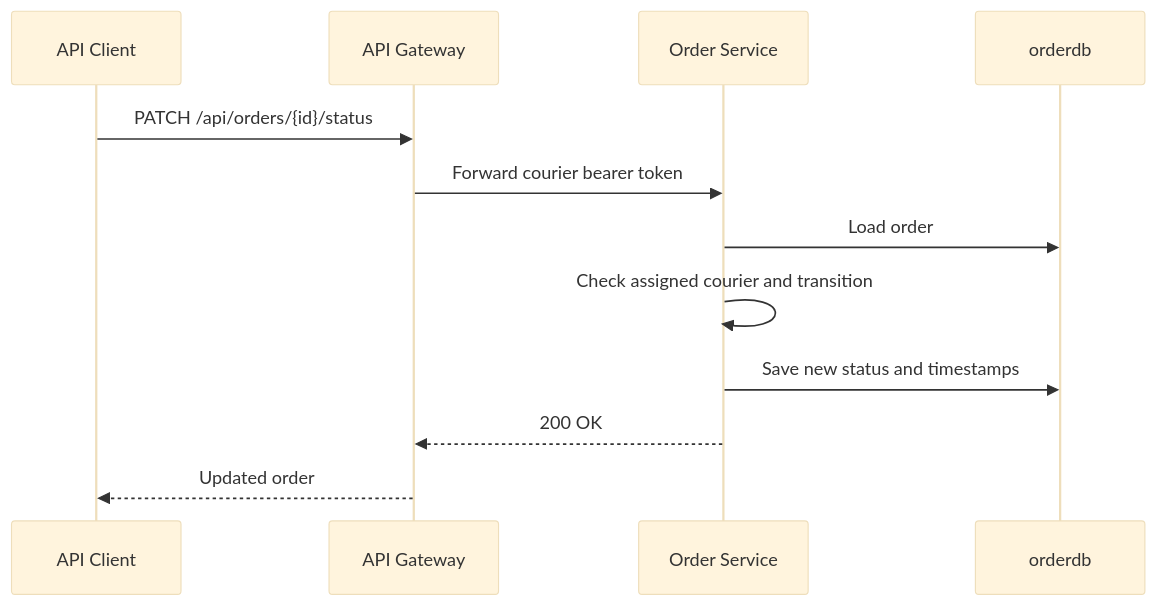
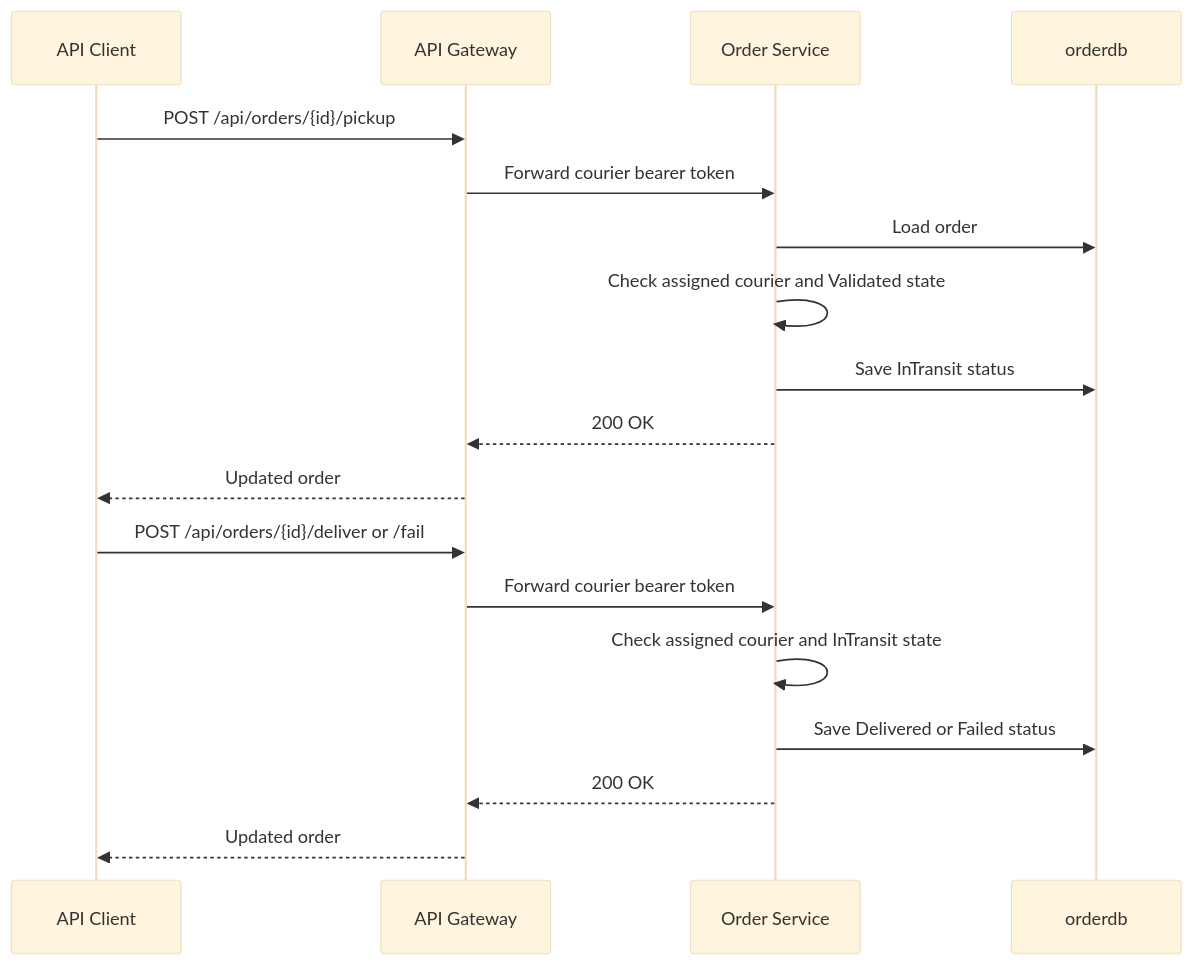
One commit to RenatoB04/Lesto changed the fourth of 4 diagrams in docs/sequences.md. Above: the diagram before and after it, drawn with Mermaid (base theme). The commit also changed other lines of this file and 11 other files, not shown here.

````diff
--- a/docs/sequences.md
+++ b/docs/sequences.md
@@ -63,15 +63,22 @@
 ```mermaid
 sequenceDiagram
     participant Client as API Client
     participant Gateway as API Gateway
     participant Order as Order Service
     participant Db as orderdb
 
-    Client->>Gateway: PATCH /api/orders/{id}/status
+    Client->>Gateway: POST /api/orders/{id}/pickup
     Gateway->>Order: Forward courier bearer token
     Order->>Db: Load order
-    Order->>Order: Check assigned courier and transition
-    Order->>Db: Save new status and timestamps
+    Order->>Order: Check assigned courier and Validated state
+    Order->>Db: Save InTransit status
+    Order-->>Gateway: 200 OK
+    Gateway-->>Client: Updated order
+
+    Client->>Gateway: POST /api/orders/{id}/deliver or /fail
+    Gateway->>Order: Forward courier bearer token
+    Order->>Order: Check assigned courier and InTransit state
+    Order->>Db: Save Delivered or Failed status
     Order-->>Gateway: 200 OK
     Gateway-->>Client: Updated order
 ```
````
